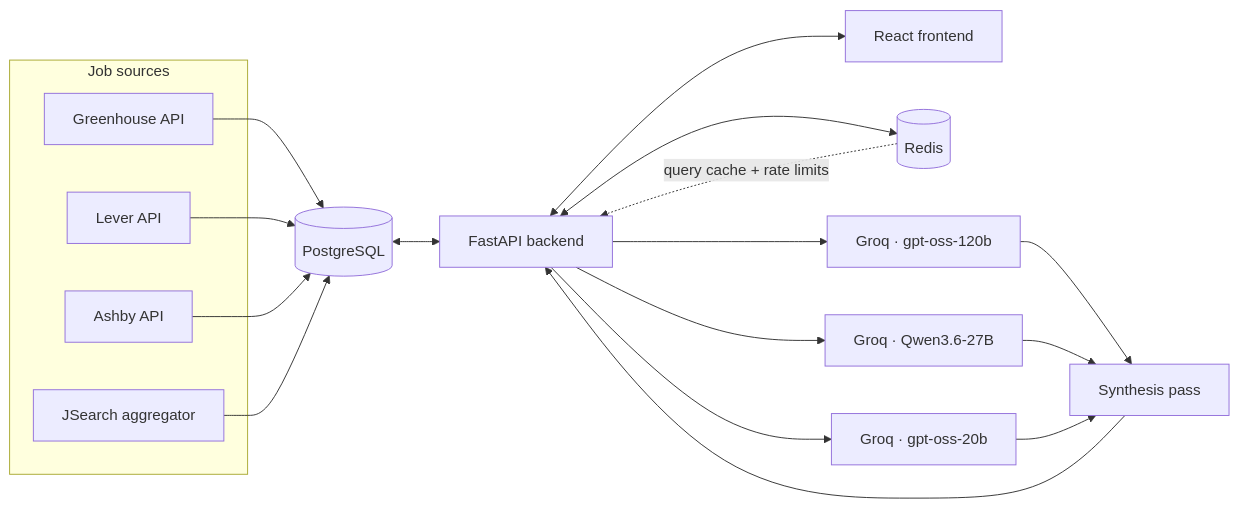
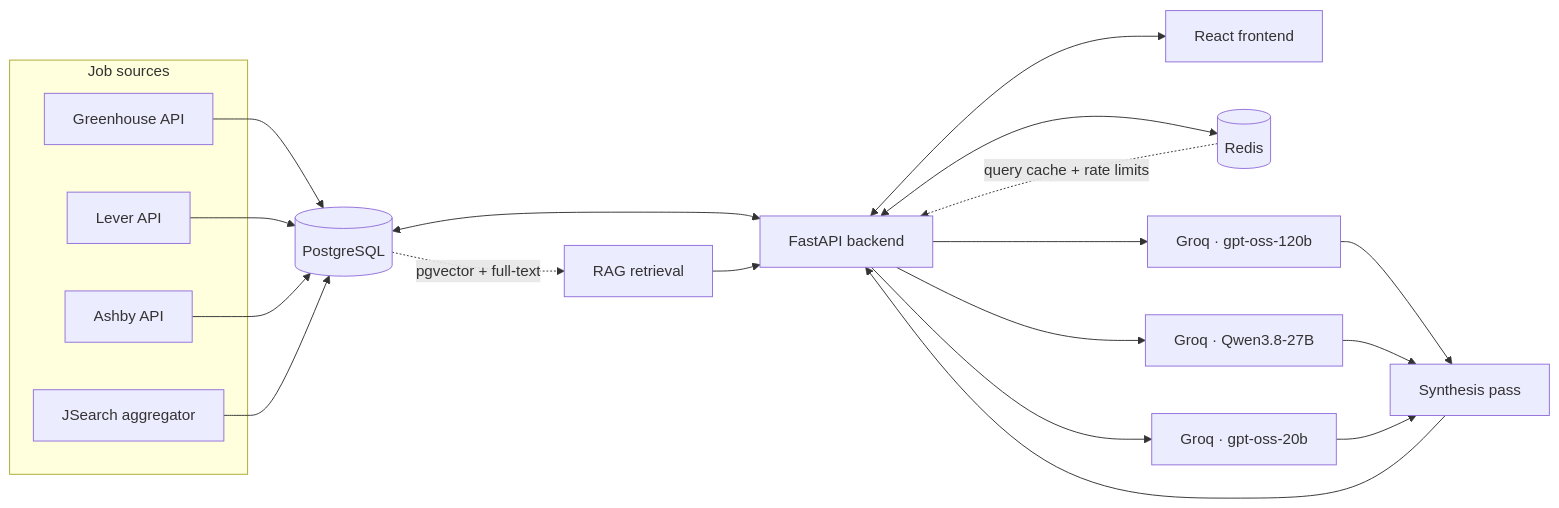
Before and after one commit to jayminsheladia/TechHire: the diagram in README.md, drawn with Mermaid. The commit also changed other lines of this file and 32 other files, not shown here.

````diff
--- a/README.md
+++ b/README.md
@@ -19,27 +19,30 @@
 ```mermaid
 flowchart LR
     subgraph Sources["Job sources"]
         GH[Greenhouse API]
         LVR[Lever API]
         ASH[Ashby API]
         JS[JSearch aggregator]
     end
 
     GH --> PG[(PostgreSQL)]
     LVR --> PG
     ASH --> PG
     JS --> PG
 
     PG <--> API[FastAPI backend]
     API <--> FE[React frontend]
     API <--> RDS[(Redis)]
     RDS -. query cache + rate limits .-> API
 
+    PG -. pgvector + full-text .-> RAG[RAG retrieval]
+    RAG --> API
+
     API --> M1[Groq · gpt-oss-120b]
-    API --> M2[Groq · Qwen3.6-27B]
+    API --> M2[Groq · Qwen3.8-27B]
     API --> M3[Groq · gpt-oss-20b]
     M1 --> SYN[Synthesis pass]
     M2 --> SYN
     M3 --> SYN
     SYN --> API
 ```
````
